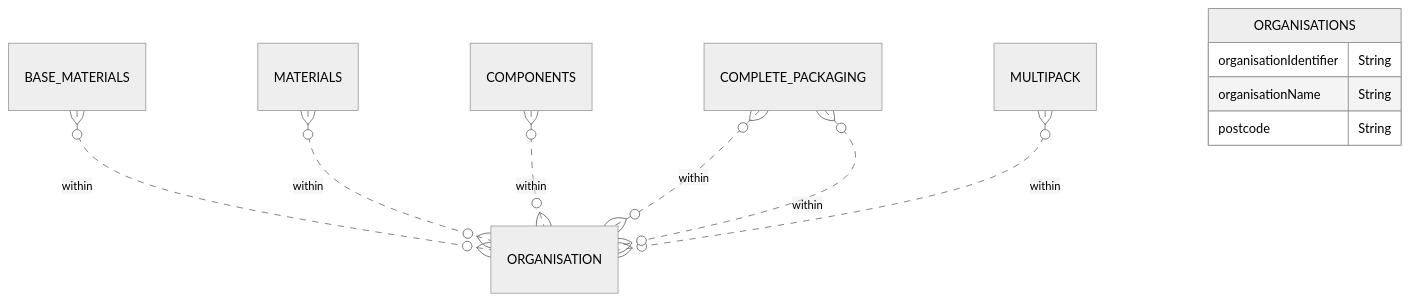
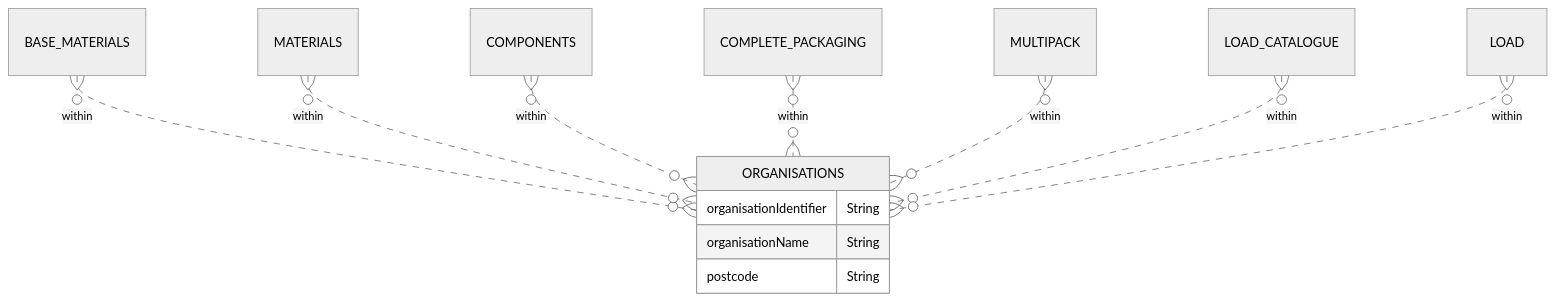
One commit to OpenDataManchester/Open3P changed the diagram in docs/6_Relationship_Lists/6_010_Organisations.md. Above: the diagram before and after it, drawn with Mermaid (neutral theme). The commit also changed 2 other files, not shown here.

Commit message:
fixed diagram issues

````diff
--- a/docs/6_Relationship_Lists/6_010_Organisations.md
+++ b/docs/6_Relationship_Lists/6_010_Organisations.md
@@ -27,14 +27,15 @@
 ``` mermaid
 erDiagram
-  BASE_MATERIALS }o..o{ ORGANISATION : within
-  MATERIALS }o..o{ ORGANISATION : within
-  COMPONENTS }o..o{ ORGANISATION : within
-  COMPLETE_PACKAGING }o..o{ ORGANISATION : within
-  MULTIPACK }o..o{ ORGANISATION : within
-  COMPLETE_PACKAGING }o..o{ ORGANISATION : within
+  BASE_MATERIALS }o..o{ ORGANISATIONS : within
+  MATERIALS }o..o{ ORGANISATIONS : within
+  COMPONENTS }o..o{ ORGANISATIONS : within
+  COMPLETE_PACKAGING }o..o{ ORGANISATIONS : within
+  MULTIPACK }o..o{ ORGANISATIONS : within
+  LOAD_CATALOGUE }o..o{ ORGANISATIONS : within
+  LOAD }o..o{ ORGANISATIONS : within
   ORGANISATIONS {
     organisationIdentifier String
     organisationName String
     postcode String
   }
 ```
````
